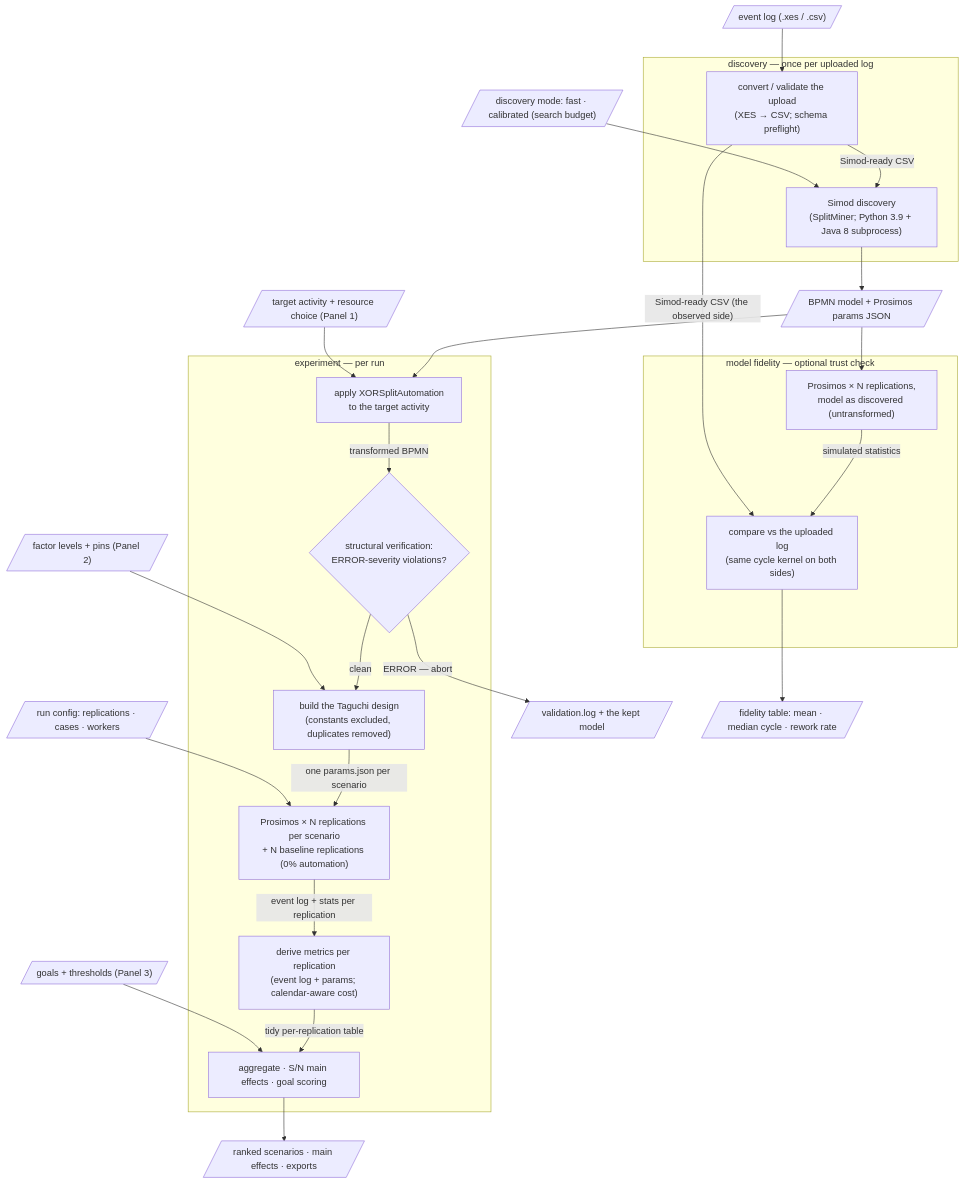
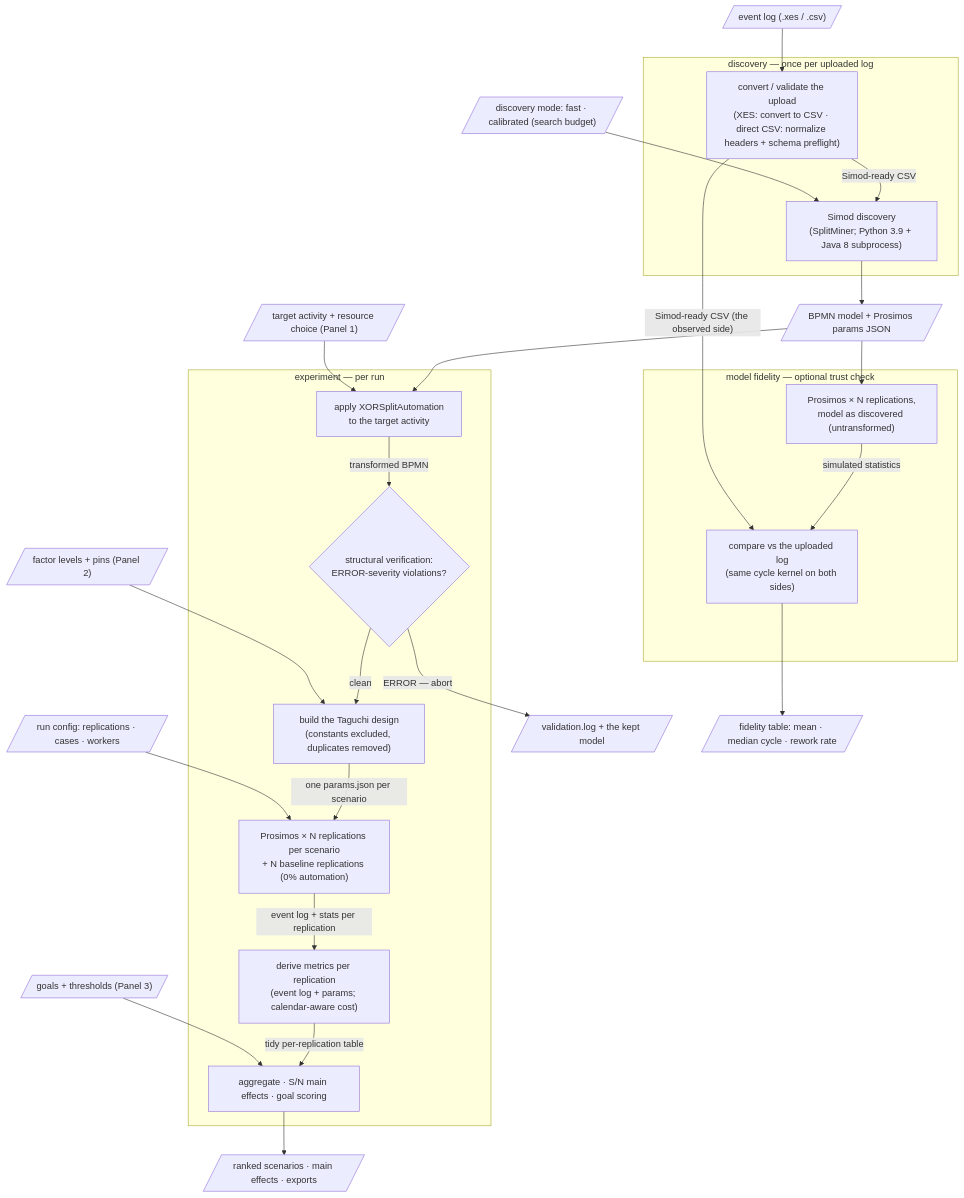
One commit to ProcessMining-uOttawa/PMM4RPAAI-Sim changed the diagram in docs/architecture.md. Above: the diagram before and after it, drawn with Mermaid. The commit also changed other lines of this file and 4 other files, not shown here.

````diff
--- a/docs/architecture.md
+++ b/docs/architecture.md
@@ -25,44 +25,44 @@
 ```mermaid
 flowchart TD
     subgraph discovery ["discovery — once per uploaded log"]
-        convert["convert / validate the upload<br/>(XES → CSV; schema preflight)"]
+        convert["convert / validate the upload<br/>(XES: convert to CSV · direct CSV: normalize headers + schema preflight)"]
         simod["Simod discovery<br/>(SplitMiner; Python 3.9 + Java 8 subprocess)"]
         convert -- "Simod-ready CSV" --> simod
     end
 
     upload[/"event log (.xes / .csv)"/] --> convert
     mode[/"discovery mode: fast · calibrated (search budget)"/] --> simod
     simod --> model[/"BPMN model + Prosimos params JSON"/]
 
     subgraph experiment ["experiment — per run"]
         apply["apply XORSplitAutomation<br/>to the target activity"]
         gate{"structural verification:<br/>ERROR-severity violations?"}
         design["build the Taguchi design<br/>(constants excluded, duplicates removed)"]
         sim["Prosimos × N replications per scenario<br/>+ N baseline replications (0% automation)"]
         derive["derive metrics per replication<br/>(event log + params; calendar-aware cost)"]
         rank["aggregate · S/N main effects · goal scoring"]
         apply -- "transformed BPMN" --> gate
         gate -- "clean" --> design
         design -- "one params.json per scenario" --> sim
         sim -- "event log + stats per replication" --> derive
         derive -- "tidy per-replication table" --> rank
     end
 
     model --> apply
     target[/"target activity + resource choice (Panel 1)"/] --> apply
     levels[/"factor levels + pins (Panel 2)"/] --> design
     goals[/"goals + thresholds (Panel 3)"/] --> rank
     runcfg[/"run config: replications · cases · workers"/] --> sim
     gate -- "ERROR — abort" --> vlog[/"validation.log + the kept model"/]
     rank --> results[/"ranked scenarios · main effects · exports"/]
 
     subgraph fidelity ["model fidelity — optional trust check"]
         adrun["Prosimos × N replications,<br/>model as discovered (untransformed)"]
         compare["compare vs the uploaded log<br/>(same cycle kernel on both sides)"]
         adrun -- "simulated statistics" --> compare
     end
 
     model --> adrun
     convert -- "Simod-ready CSV (the observed side)" --> compare
     compare --> ftable[/"fidelity table: mean · median cycle · rework rate"/]
 ```
````
